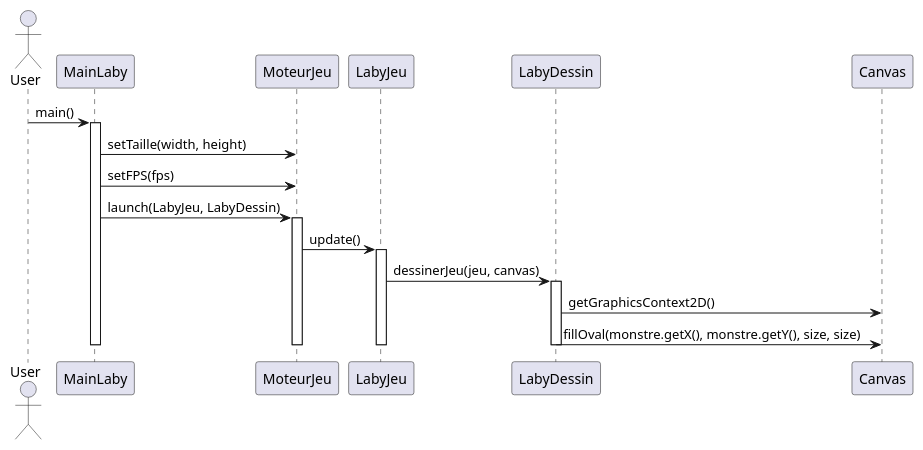
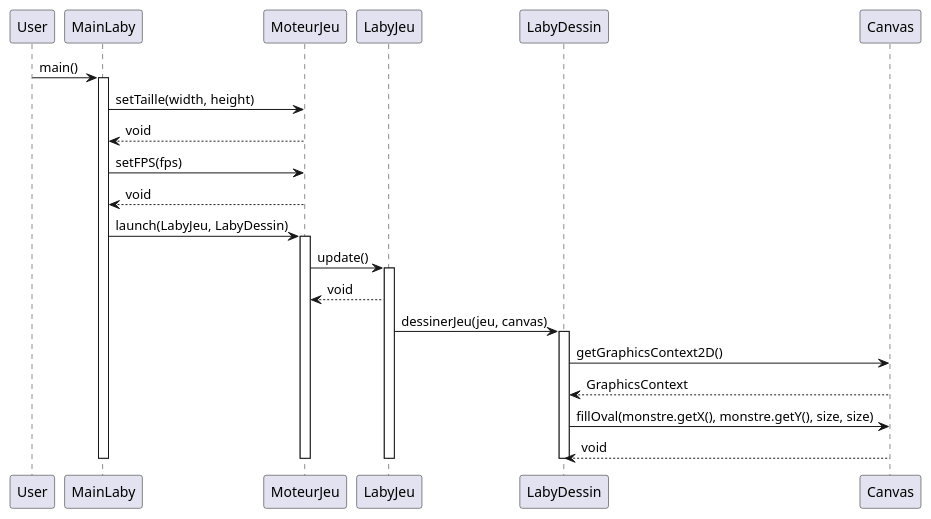
The diagram in zeldiablo/documents/version_2/diagseq_AfficheMonstre.puml (LukaSalvo/SAE2024), drawn with PlantUML before and after one commit. The commit also changed 4 other files, not shown here.

Commit message:
Modification des diagrammes de sequence

```diff
--- a/zeldiablo/documents/version_2/diagseq_AfficheMonstre.puml
+++ b/zeldiablo/documents/version_2/diagseq_AfficheMonstre.puml
@@ -1,25 +1,22 @@
-@startuml
-actor User
-participant MainLaby
-participant MoteurJeu
-participant LabyJeu
-participant LabyDessin
-participant Canvas
-
 User -> MainLaby: main()
 activate MainLaby
 MainLaby -> MoteurJeu: setTaille(width, height)
+MoteurJeu --> MainLaby: void
 MainLaby -> MoteurJeu: setFPS(fps)
+MoteurJeu --> MainLaby: void
 MainLaby -> MoteurJeu: launch(LabyJeu, LabyDessin)
 activate MoteurJeu
 MoteurJeu -> LabyJeu: update()
 activate LabyJeu
+LabyJeu --> MoteurJeu: void
 LabyJeu -> LabyDessin: dessinerJeu(jeu, canvas)
 activate LabyDessin
 LabyDessin -> Canvas: getGraphicsContext2D()
+Canvas --> LabyDessin: GraphicsContext
 LabyDessin -> Canvas: fillOval(monstre.getX(), monstre.getY(), size, size)
+Canvas --> LabyDessin: void
 deactivate LabyDessin
 deactivate LabyJeu
 deactivate MoteurJeu
 deactivate MainLaby
 @enduml
```
